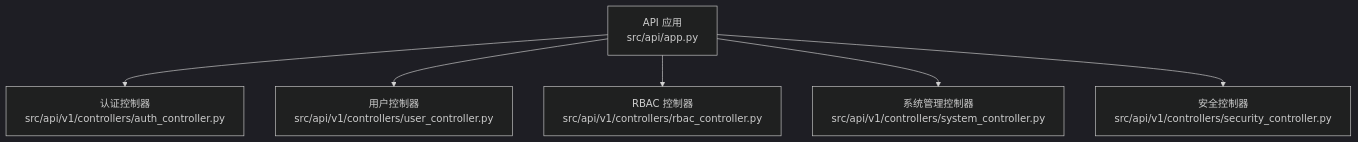
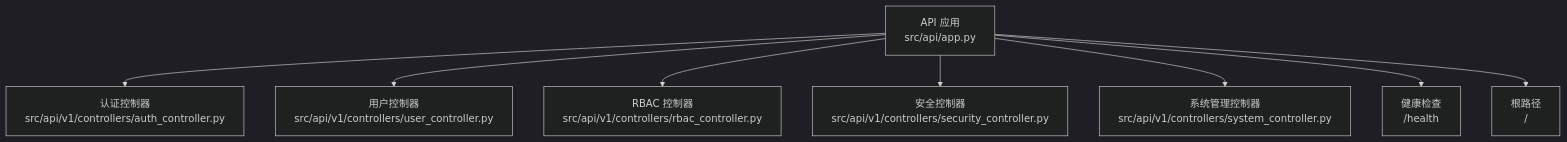
One commit to taoweidong/Hello-Django-Ninja-Api changed the first of 3 diagrams in .qoder/repowiki/zh/content/API 接口文档/API 接口文档.md. Above: the diagram before and after it, drawn with Mermaid (dark theme). The commit also changed other lines of this file and 106 other files, not shown here.

````diff
--- a/.qoder/repowiki/zh/content/API 接口文档/API 接口文档.md
+++ b/.qoder/repowiki/zh/content/API 接口文档/API 接口文档.md
@@ -41,8 +53,10 @@
 ```mermaid
 graph TB
 App["API 应用<br/>src/api/app.py"] --> CAuth["认证控制器<br/>src/api/v1/controllers/auth_controller.py"]
 App --> CUser["用户控制器<br/>src/api/v1/controllers/user_controller.py"]
 App --> CRbac["RBAC 控制器<br/>src/api/v1/controllers/rbac_controller.py"]
+App --> CSecurity["安全控制器<br/>src/api/v1/controllers/security_controller.py"]
 App --> CSystem["系统管理控制器<br/>src/api/v1/controllers/system_controller.py"]
-App --> CSec["安全控制器<br/>src/api/v1/controllers/security_controller.py"]
+App --> Health["健康检查<br/>/health"]
+App --> Root["根路径<br/>/"]
 ```
````
